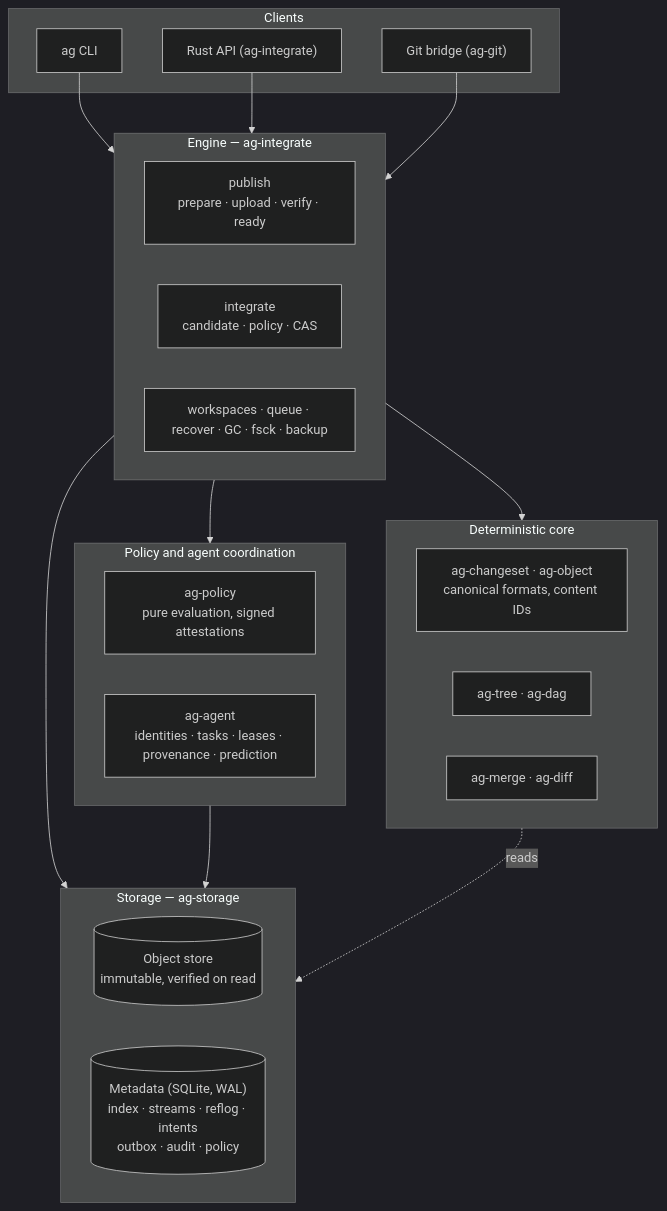
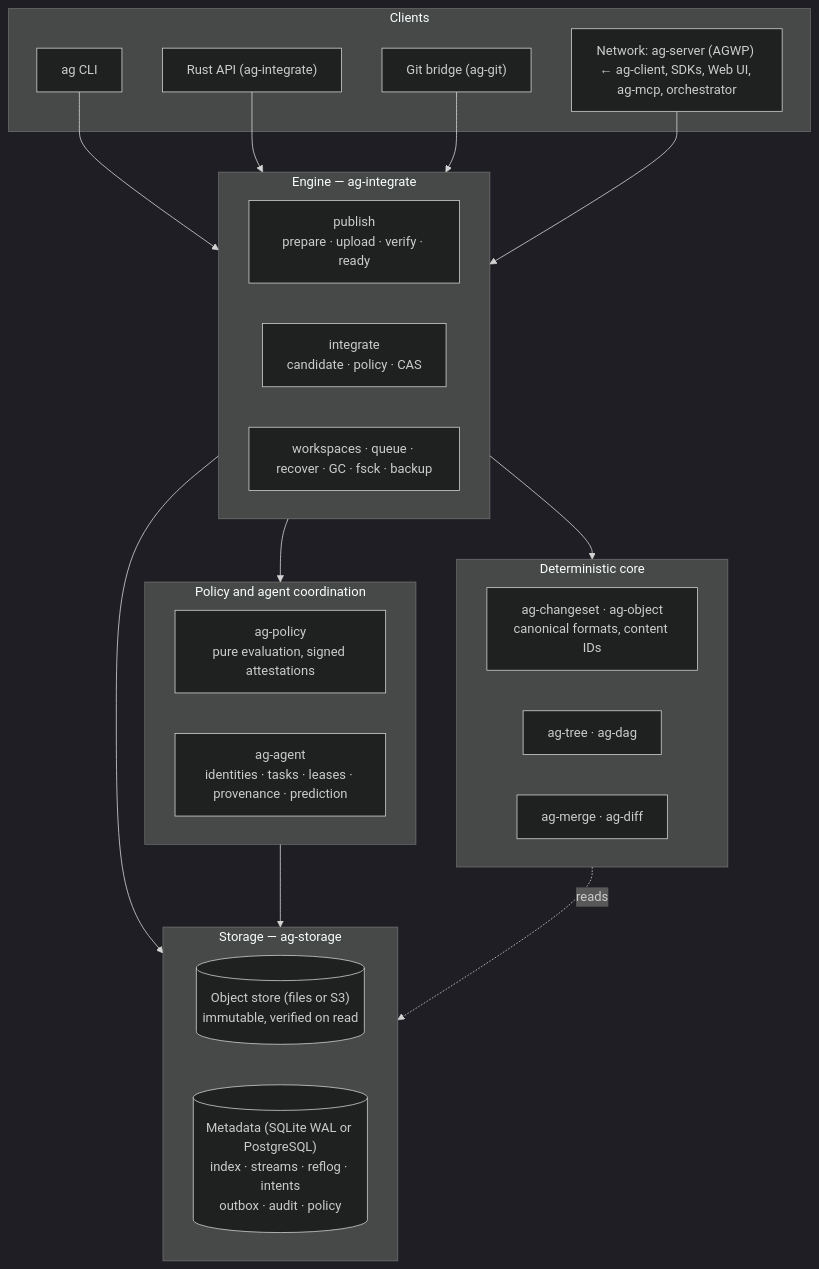
Before and after one commit to Paffin/AgentGit: the diagram in docs/architecture/overview.md, drawn with Mermaid (dark theme). The commit also changed other lines of this file and 14 other files, not shown here.

First line of the commit message:
fix(deploy,docs): image defaults name the published version, health check follows AG_HEALTHCHECK_URL, Prometheus Operator overlay fits alerts and NetworkPolicy, stale architecture claims

````diff
--- a/docs/architecture/overview.md
+++ b/docs/architecture/overview.md
@@ -15,34 +15,36 @@
 ```mermaid
 flowchart TB
     subgraph clients["Clients"]
         CLI["ag CLI"]
         SDK["Rust API (ag-integrate)"]
         GIT["Git bridge (ag-git)"]
+        NET["Network: ag-server (AGWP) ← ag-client, SDKs, Web UI, ag-mcp, orchestrator"]
     end
     subgraph engine["Engine — ag-integrate"]
         PUB["publish<br/>prepare · upload · verify · ready"]
         INT["integrate<br/>candidate · policy · CAS"]
         WS["workspaces · queue · recover · GC · fsck · backup"]
     end
     subgraph platform["Policy and agent coordination"]
         POL["ag-policy<br/>pure evaluation, signed attestations"]
         AGT["ag-agent<br/>identities · tasks · leases · provenance · prediction"]
     end
     subgraph core["Deterministic core"]
         CHG["ag-changeset · ag-object<br/>canonical formats, content IDs"]
         TREE["ag-tree · ag-dag"]
         MRG["ag-merge · ag-diff"]
     end
     subgraph store["Storage — ag-storage"]
-        OBJ[("Object store<br/>immutable, verified on read")]
-        META[("Metadata (SQLite, WAL)<br/>index · streams · reflog · intents<br/>outbox · audit · policy")]
+        OBJ[("Object store (files or S3)<br/>immutable, verified on read")]
+        META[("Metadata (SQLite WAL or PostgreSQL)<br/>index · streams · reflog · intents<br/>outbox · audit · policy")]
     end
     CLI --> engine
     SDK --> engine
     GIT --> engine
+    NET --> engine
     engine --> platform
     engine --> core
     engine --> store
     platform --> store
     core -.reads.-> store
 ```
````
